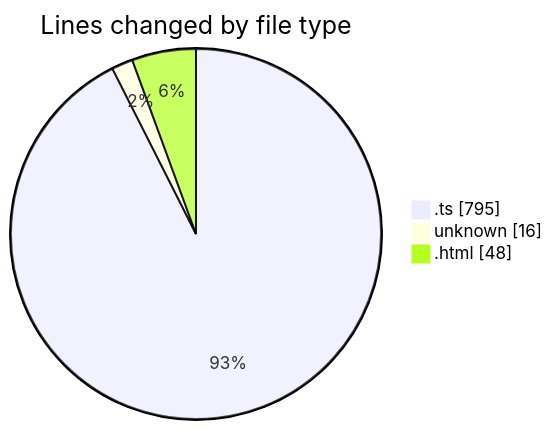
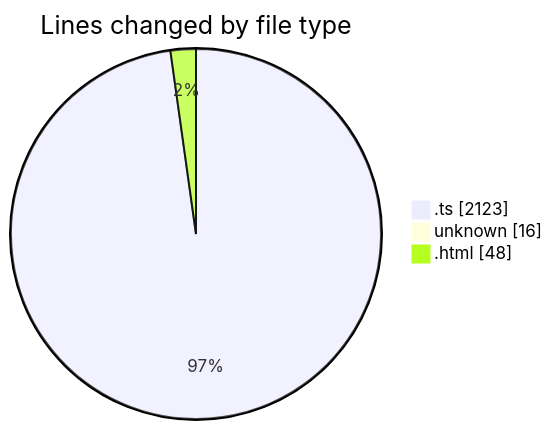
Before and after one commit to tmsrecording-cyber/code-tracking: the first of 2 diagrams in 2026-02-06/singularitybrainai/README.md, drawn with Mermaid. The commit also changed other lines of this file and 1 other file, not shown here.

````diff
--- a/2026-02-06/singularitybrainai/README.md
+++ b/2026-02-06/singularitybrainai/README.md
@@ -25,7 +26,7 @@
 ```mermaid
 pie showData
 title Lines changed by file type
-".ts" : 795
+".ts" : 2123
 "unknown" : 16
 ".html" : 48
 ```
````
